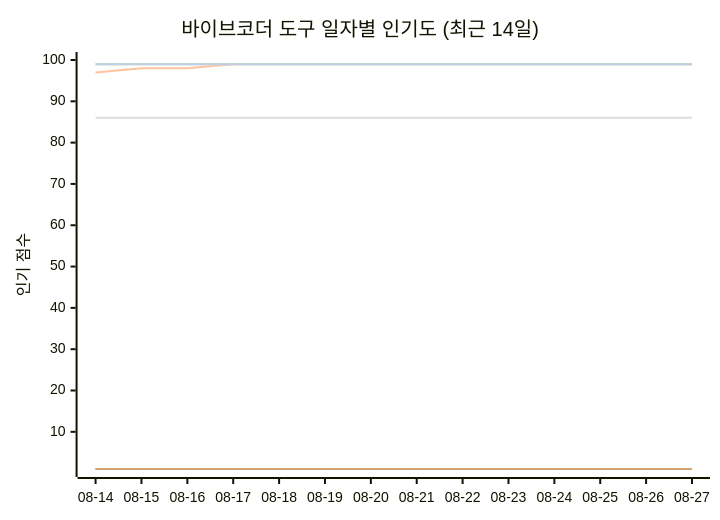
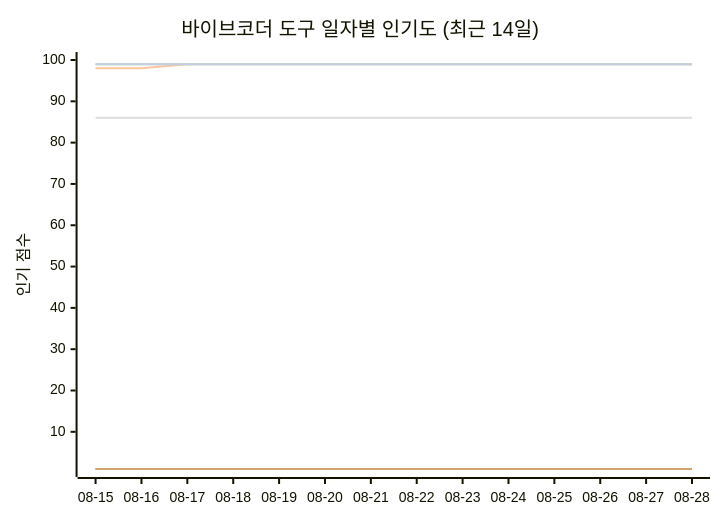
One commit to tykimos/ai-whatchelin changed the seventh of 11 diagrams in README_ko.md. Above: the diagram before and after it, drawn with Mermaid. The commit also changed other lines of this file and 4 other files, not shown here.

````diff
--- a/README_ko.md
+++ b/README_ko.md
@@ -2303,13 +2303,13 @@
 ```mermaid
 xychart-beta
     title "바이브코더 도구 일자별 인기도 (최근 14일)"
-    x-axis ["08-14", "08-15", "08-16", "08-17", "08-18", "08-19", "08-20", "08-21", "08-22", "08-23", "08-24", "08-25", "08-26", "08-27"]
+    x-axis ["08-15", "08-16", "08-17", "08-18", "08-19", "08-20", "08-21", "08-22", "08-23", "08-24", "08-25", "08-26", "08-27", "08-28"]
     y-axis "인기 점수" 1 --> 100
     line "Claude Code" [99, 99, 99, 99, 99, 99, 99, 99, 99, 99, 99, 99, 99, 99]
     line "GH Copilot" [1, 1, 1, 1, 1, 1, 1, 1, 1, 1, 1, 1, 1, 1]
-    line "Cursor" [97, 98, 98, 99, 99, 99, 99, 99, 99, 99, 99, 99, 99, 99]
+    line "Cursor" [98, 98, 99, 99, 99, 99, 99, 99, 99, 99, 99, 99, 99, 99]
     line "Windsurf" [86, 86, 86, 86, 86, 86, 86, 86, 86, 86, 86, 86, 86, 86]
     line "Codex CLI" [99, 99, 99, 99, 99, 99, 99, 99, 99, 99, 99, 99, 99, 99]
     line "Gemini CLI" [1, 1, 1, 1, 1, 1, 1, 1, 1, 1, 1, 1, 1, 1]
     line "Antigravity" [99, 99, 99, 99, 99, 99, 99, 99, 99, 99, 99, 99, 99, 99]
 ```
````
